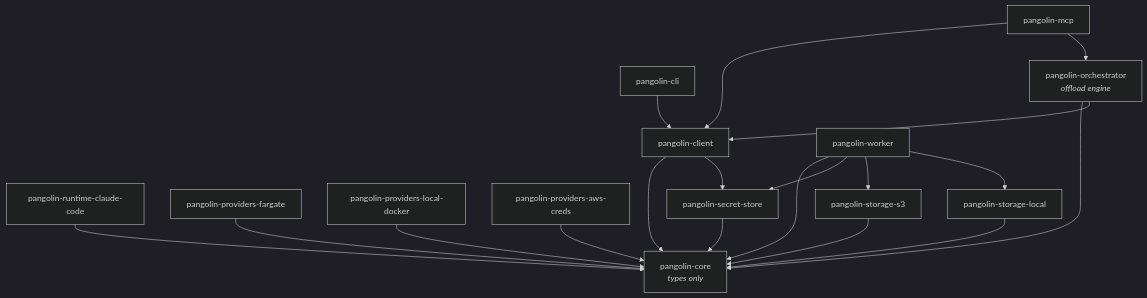
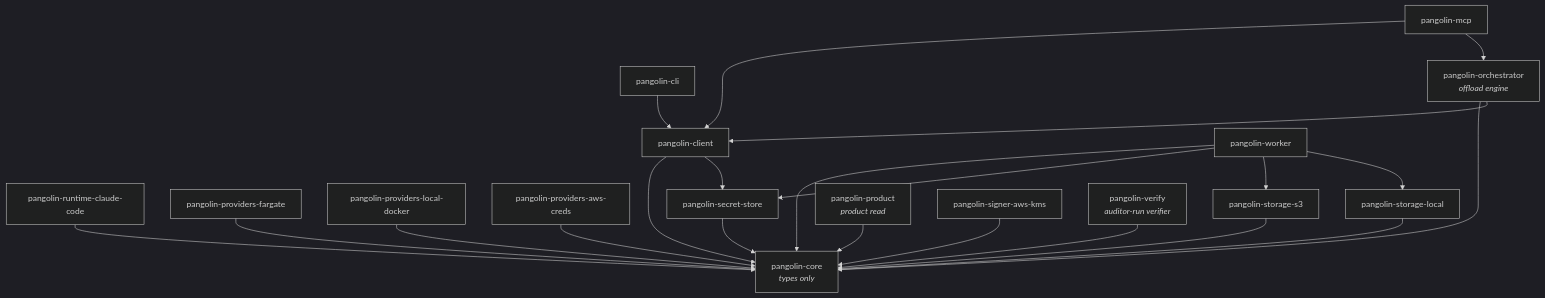
One commit to QuarrySystems/pangolin changed the diagram in README.md. Above: the diagram before and after it, drawn with Mermaid (dark theme). The commit also changed other lines of this file and 4 other files, not shown here.

````diff
--- a/README.md
+++ b/README.md
@@ -196,35 +199,41 @@
 ```mermaid
 graph TD
   core[pangolin-core<br/><i>types only</i>]
   client[pangolin-client]
   cli[pangolin-cli]
   mcp[pangolin-mcp]
   worker[pangolin-worker]
   runtime[pangolin-runtime-claude-code]
   pfargate[pangolin-providers-fargate]
   plocal[pangolin-providers-local-docker]
   pawscreds[pangolin-providers-aws-creds]
   ss3[pangolin-storage-s3]
   slocal[pangolin-storage-local]
   secretstore[pangolin-secret-store]
   orch[pangolin-orchestrator<br/><i>offload engine</i>]
+  product[pangolin-product<br/><i>product read</i>]
+  signerkms[pangolin-signer-aws-kms]
+  verify[pangolin-verify<br/><i>auditor-run verifier</i>]
 
   client --> core
   client --> secretstore
   cli --> client
   mcp --> client
   mcp --> orch
   worker --> core
   worker --> secretstore
   worker --> ss3
   worker --> slocal
   runtime --> core
   pfargate --> core
   plocal --> core
   pawscreds --> core
   ss3 --> core
   slocal --> core
   secretstore --> core
   orch --> core
   orch --> client
+  product --> core
+  signerkms --> core
+  verify --> core
 ```
````
